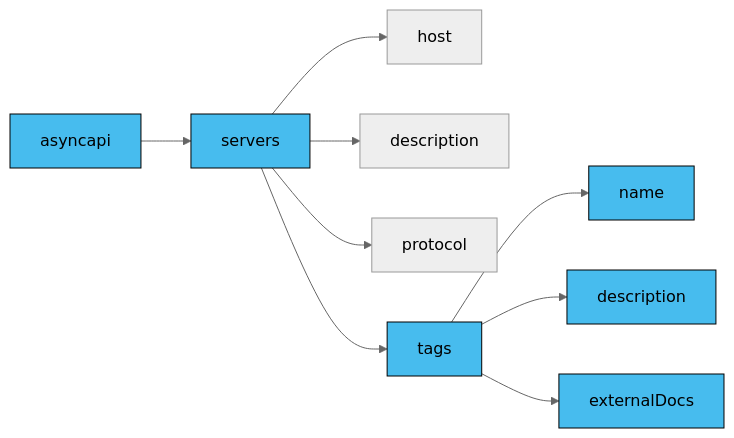
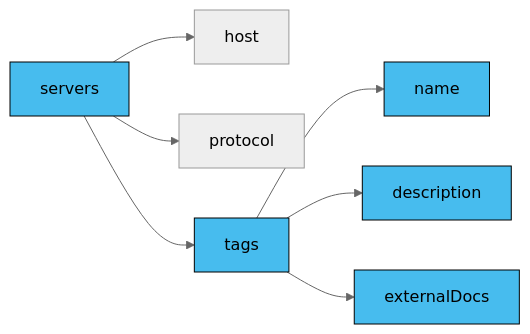
Before and after one commit to asyncapi/website: the second of 5 diagrams in pages/docs/concepts/asyncapi-document/tags.md, drawn with Mermaid (neutral theme). The commit also changed other lines of this file, not shown here.

Commit message:
update diagrams to component level

````diff
--- a/pages/docs/concepts/asyncapi-document/tags.md
+++ b/pages/docs/concepts/asyncapi-document/tags.md
@@ -75,17 +74,15 @@
 ```mermaid
 graph LR
-  A[asyncapi] --> B[servers]
+  B[servers]
   B --> C[host]
-  B --> D[description]
   B --> E[protocol]
   B --> G[tags]
   G --> H[name]
   G --> I[description]
   G --> J[externalDocs]
-  style A fill:#47BCEE,stroke:#000;
   style B fill:#47BCEE,stroke:#000;
   style G fill:#47BCEE,stroke:#000;
   style I fill:#47BCEE,stroke:#000;
   style H fill:#47BCEE,stroke:#000;
   style J fill:#47BCEE,stroke:#000;
 ```
````
